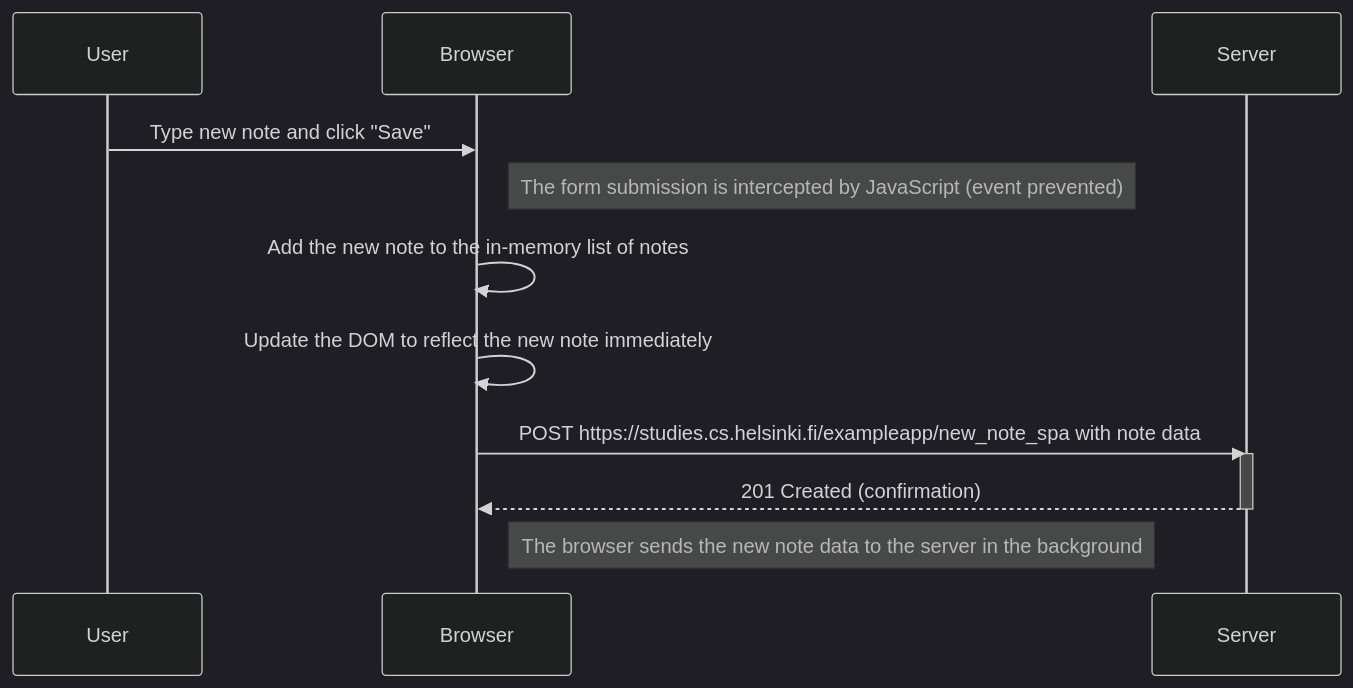
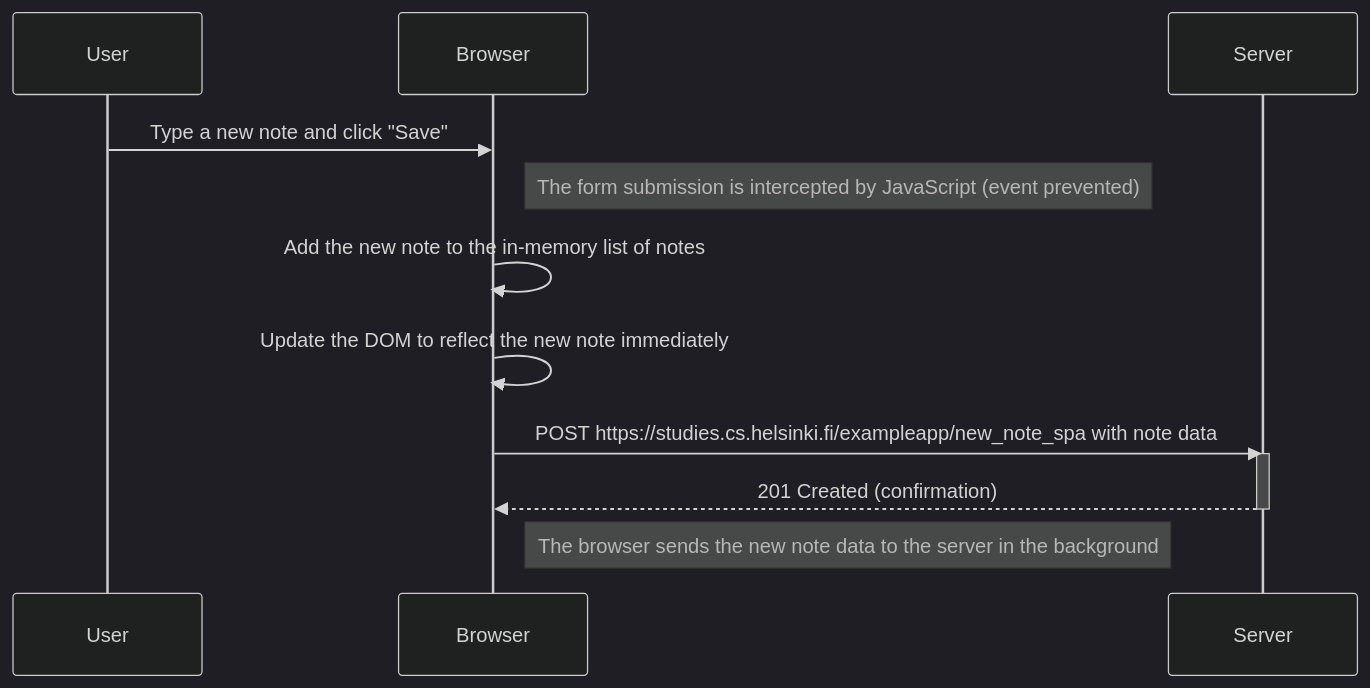
One commit to cuitrying/FullStackProject changed the diagram in part0/ex0_6.md. Above: the diagram before and after it, drawn with Mermaid (dark theme).

````diff
--- a/part0/ex0_6.md
+++ b/part0/ex0_6.md
@@ -1,20 +1,20 @@
 ```mermaid
 sequenceDiagram
     participant User
     participant Browser
     participant Server
 
-    User->>Browser: Type new note and click "Save"
+    User->>Browser: Type a new note and click "Save"
     Note right of Browser: The form submission is intercepted by JavaScript (event prevented)
 
     Browser->>Browser: Add the new note to the in-memory list of notes
     Browser->>Browser: Update the DOM to reflect the new note immediately
 
     Browser->>Server: POST https://studies.cs.helsinki.fi/exampleapp/new_note_spa with note data
     activate Server
     Server-->>Browser: 201 Created (confirmation)
     deactivate Server
 
     Note right of Browser: The browser sends the new note data to the server in the background
 
 ```
````
